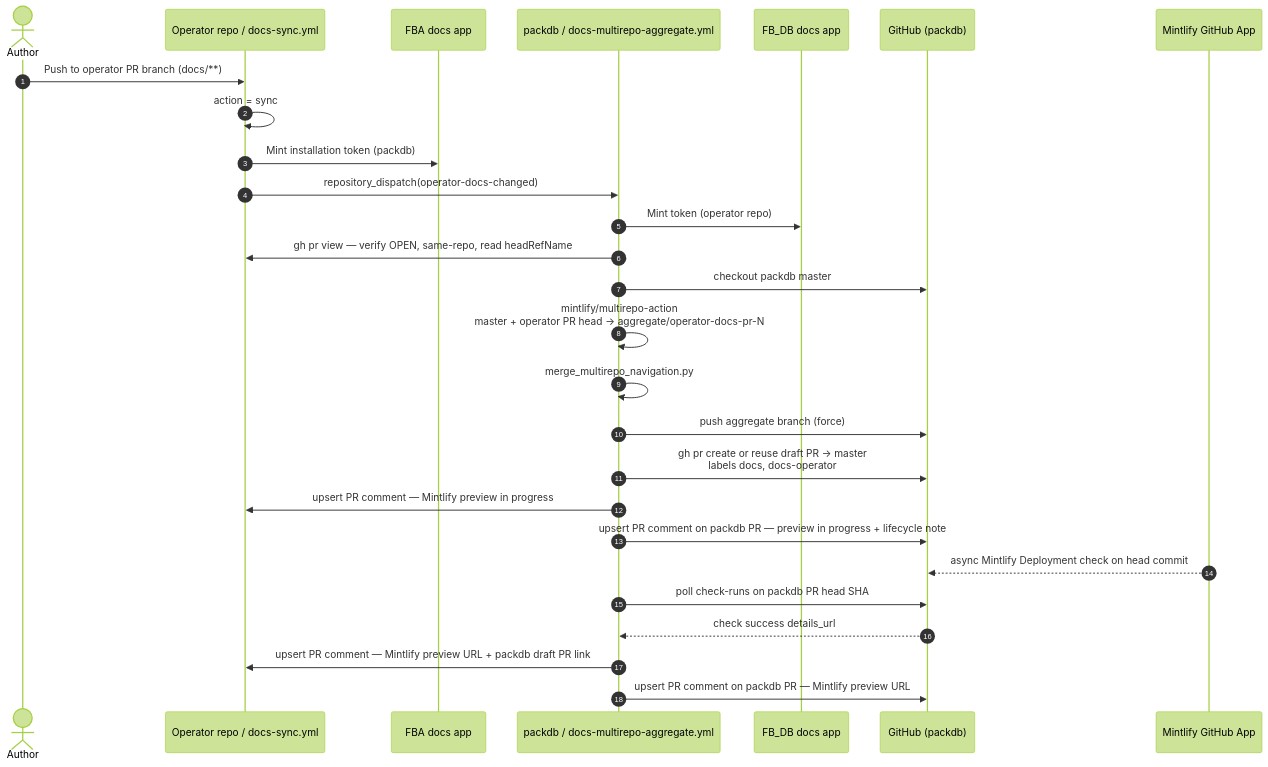
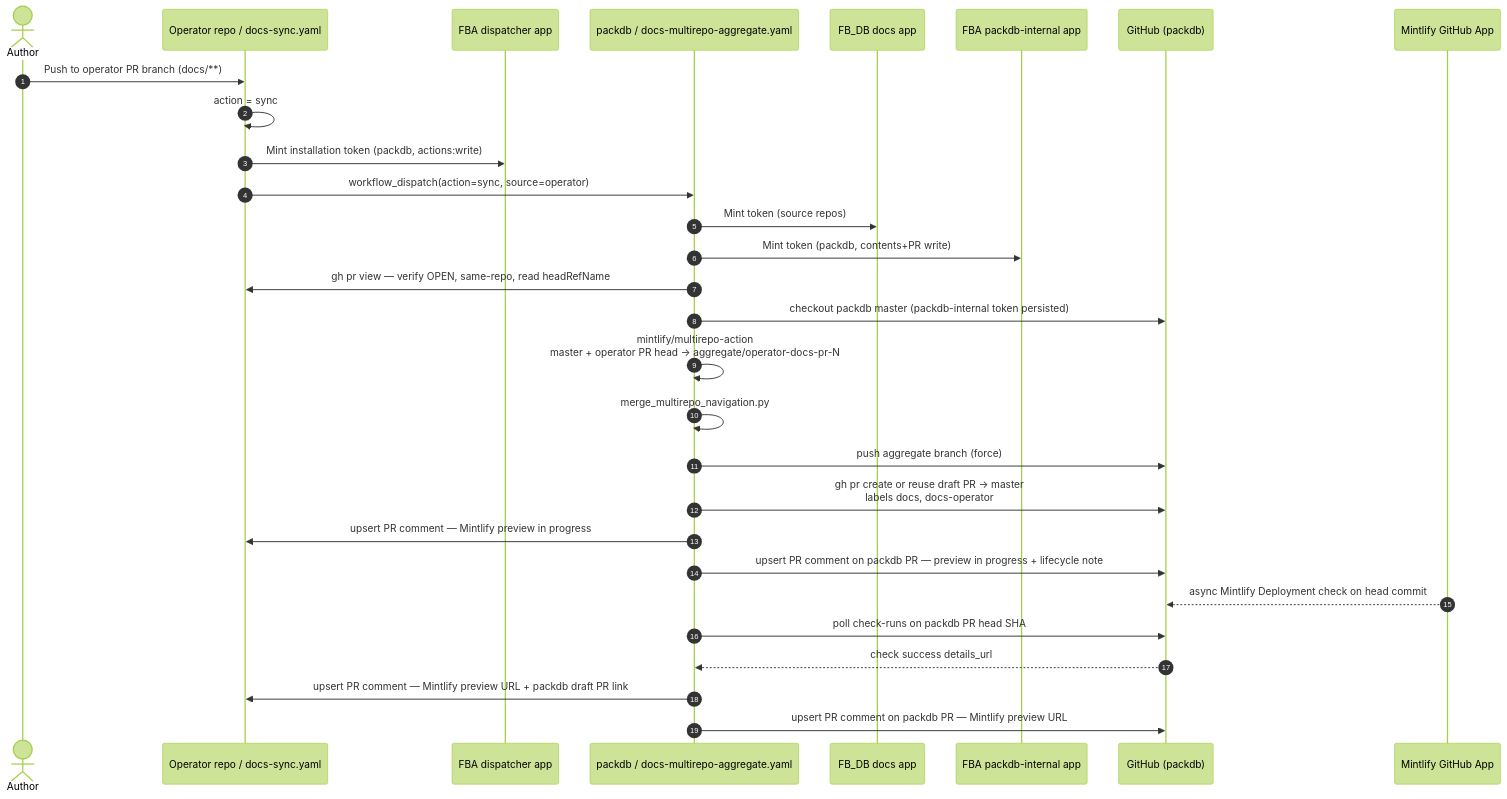
One commit to firebolt-db/firebolt-kubernetes-operator changed the fifth of 8 diagrams in docs-internal/documentation-workflow.md. Above: the diagram before and after it, drawn with Mermaid (forest theme). The commit also changed other lines of this file and 2 other files, not shown here.

First line of the commit message:
ci(docs): trigger packdb docs aggregation via workflow_dispatch (FB-863)

````diff
--- a/docs-internal/documentation-workflow.md
+++ b/docs-internal/documentation-workflow.md
@@ -186,30 +193,32 @@
 ```mermaid
 sequenceDiagram
   autonumber
   actor Author
-  participant OP as Operator repo / docs-sync.yml
-  participant FBA as FBA docs app
-  participant PDB as packdb / docs-multirepo-aggregate.yml
+  participant OP as Operator repo / docs-sync.yaml
+  participant FBA as FBA dispatcher app
+  participant PDB as packdb / docs-multirepo-aggregate.yaml
   participant FBDB as FB_DB docs app
+  participant PINT as FBA packdb-internal app
   participant GH as GitHub (packdb)
   participant ML as Mintlify GitHub App
 
   Author->>OP: Push to operator PR branch (docs/**)
   OP->>OP: action = sync
-  OP->>FBA: Mint installation token (packdb)
-  OP->>PDB: repository_dispatch(operator-docs-changed)
-  PDB->>FBDB: Mint token (operator repo)
+  OP->>FBA: Mint installation token (packdb, actions:write)
+  OP->>PDB: workflow_dispatch(action=sync, source=operator)
+  PDB->>FBDB: Mint token (source repos)
+  PDB->>PINT: Mint token (packdb, contents+PR write)
   PDB->>OP: gh pr view — verify OPEN, same-repo, read headRefName
-  PDB->>GH: checkout packdb master
+  PDB->>GH: checkout packdb master (packdb-internal token persisted)
   PDB->>PDB: mintlify/multirepo-action<br/>master + operator PR head → aggregate/operator-docs-pr-N
   PDB->>PDB: merge_multirepo_navigation.py
   PDB->>GH: push aggregate branch (force)
   PDB->>GH: gh pr create or reuse draft PR → master<br/>labels docs, docs-operator
   PDB->>OP: upsert PR comment — Mintlify preview in progress
   PDB->>GH: upsert PR comment on packdb PR — preview in progress + lifecycle note
   ML-->>GH: async Mintlify Deployment check on head commit
   PDB->>GH: poll check-runs on packdb PR head SHA
   GH-->>PDB: check success details_url
   PDB->>OP: upsert PR comment — Mintlify preview URL + packdb draft PR link
   PDB->>GH: upsert PR comment on packdb PR — Mintlify preview URL
 ```
````
